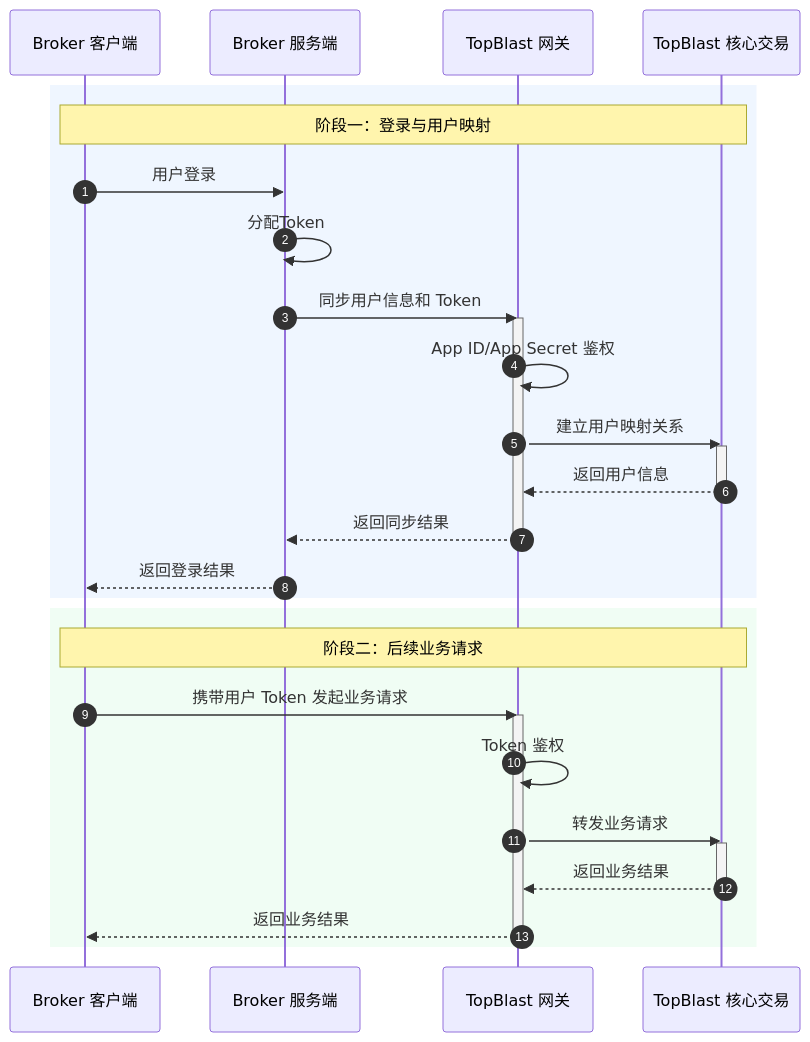
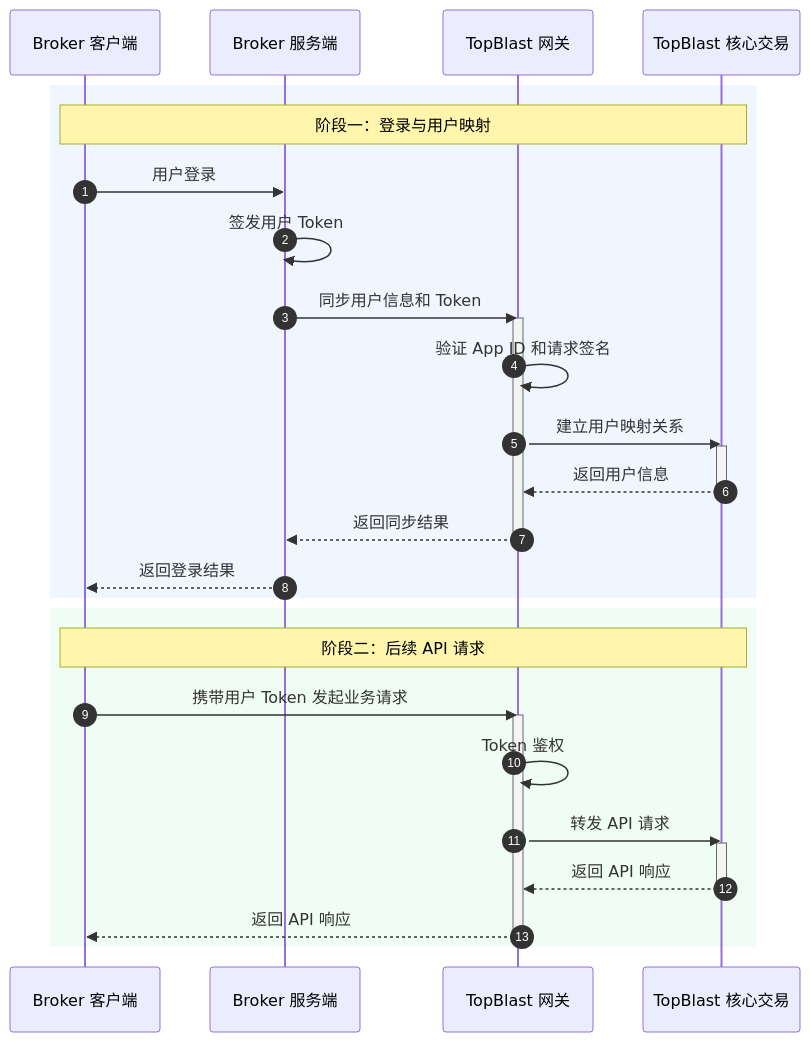
One commit to topblast-trade/docs changed the diagram in cn/broker/guide/introduction.mdx. Above: the diagram before and after it, drawn with Mermaid. The commit also changed 83 other files, not shown here.

````diff
--- a/cn/broker/guide/introduction.mdx
+++ b/cn/broker/guide/introduction.mdx
@@ -49,40 +49,40 @@
 ```mermaid
 sequenceDiagram
     autonumber
 
     participant BrokerClient as Broker 客户端
     participant BrokerServer as Broker 服务端
     participant Gateway as TopBlast 网关
     participant Core as TopBlast 核心交易
 
     rect rgb(239, 246, 255)
         Note over BrokerClient,Core: 阶段一：登录与用户映射
 
         BrokerClient->>BrokerServer: 用户登录
-        BrokerServer->>BrokerServer: 分配Token
+        BrokerServer->>BrokerServer: 签发用户 Token
         BrokerServer->>Gateway: 同步用户信息和 Token
         activate Gateway
-        Gateway->>Gateway: App ID/App Secret 鉴权
+        Gateway->>Gateway: 验证 App ID 和请求签名
         Gateway->>Core: 建立用户映射关系
         activate Core
         Core-->>Gateway: 返回用户信息
         deactivate Core
         Gateway-->>BrokerServer: 返回同步结果
         deactivate Gateway
         BrokerServer-->>BrokerClient: 返回登录结果
     end
 
     rect rgb(240, 253, 244)
-        Note over BrokerClient,Core: 阶段二：后续业务请求
+        Note over BrokerClient,Core: 阶段二：后续 API 请求
 
         BrokerClient->>Gateway: 携带用户 Token 发起业务请求
         activate Gateway
         Gateway->>Gateway: Token 鉴权
-        Gateway->>Core: 转发业务请求
+        Gateway->>Core: 转发 API 请求
         activate Core
-        Core-->>Gateway: 返回业务结果
+        Core-->>Gateway: 返回 API 响应
         deactivate Core
-        Gateway-->>BrokerClient: 返回业务结果
+        Gateway-->>BrokerClient: 返回 API 响应
         deactivate Gateway
     end
 ```
````
